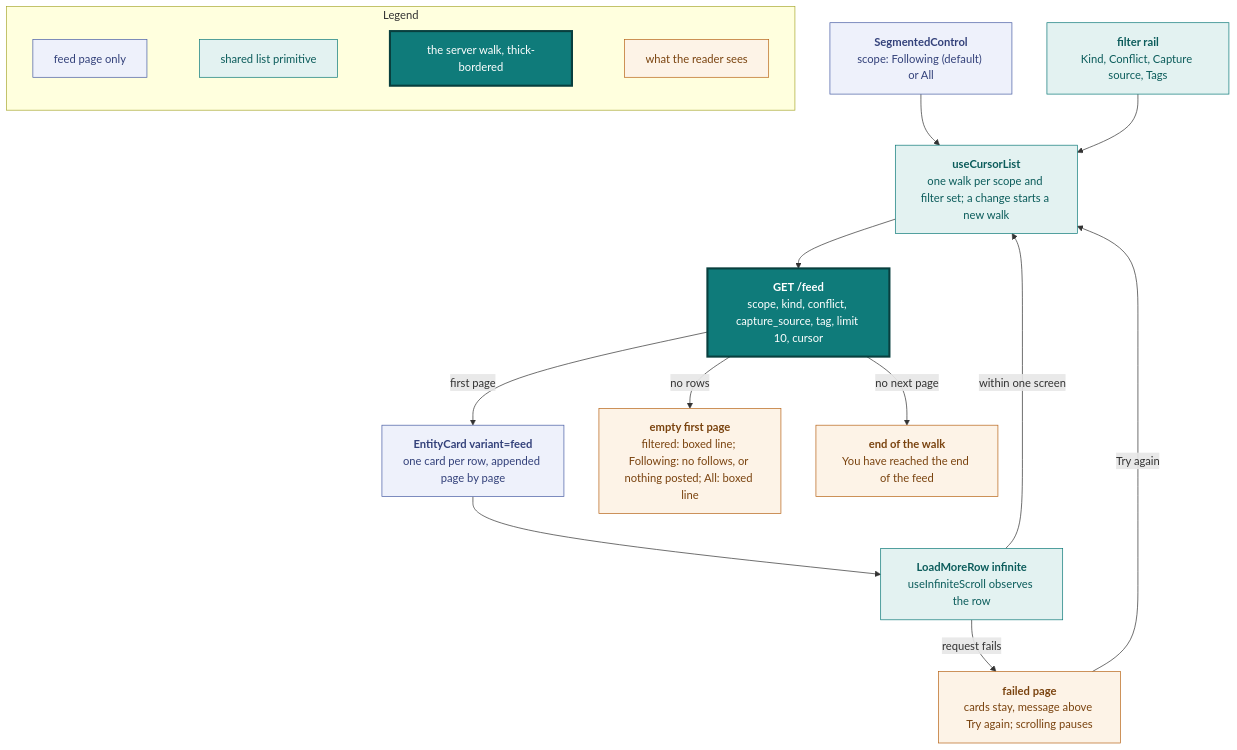
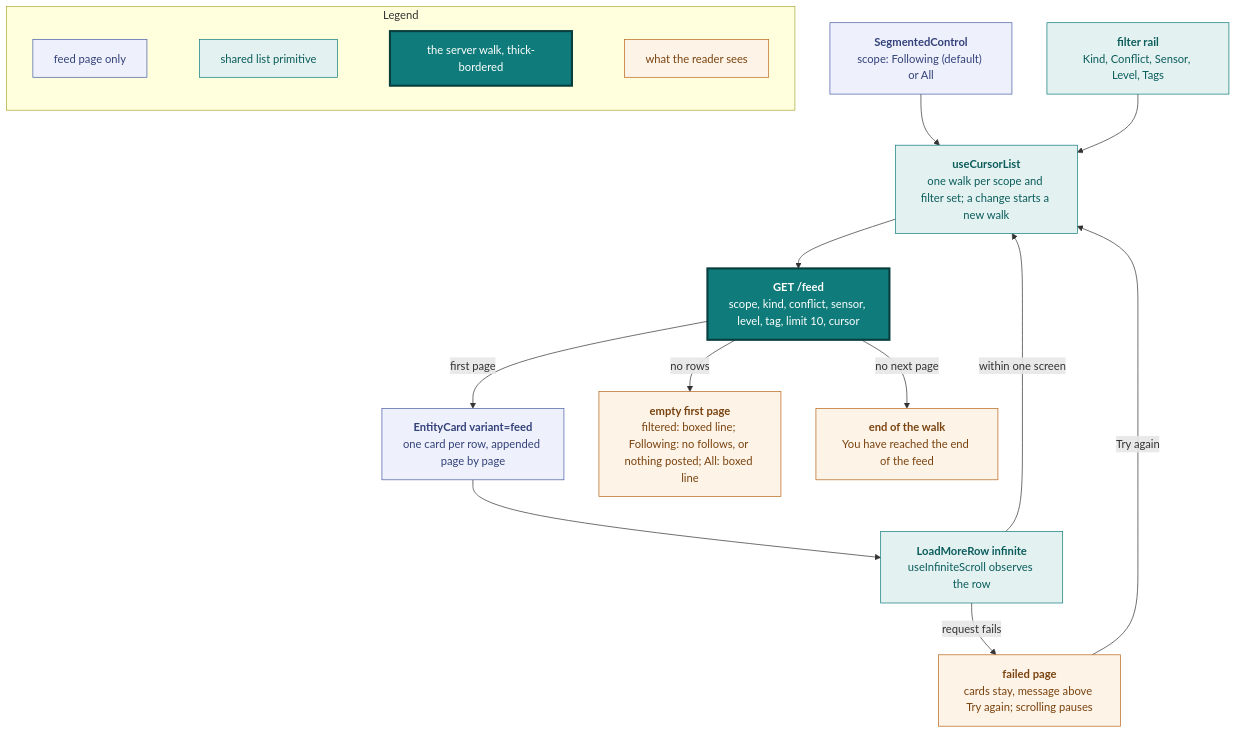
One commit to vidithq/vidit changed the ninth of 12 diagrams in docs/design.md. Above: the diagram before and after it, drawn with Mermaid. The commit also changed other lines of this file and 6 other files, not shown here.

````diff
--- a/docs/design.md
+++ b/docs/design.md
@@ -832,46 +856,46 @@
 ```mermaid
 flowchart TB
   classDef page fill:#eef1fb,stroke:#4a5fa5,color:#33417a
   classDef shared fill:#e3f2f1,stroke:#0f7b7a,color:#0b5c5b
   classDef core fill:#0f7b7a,stroke:#083f3e,stroke-width:3px,color:#ffffff
   classDef state fill:#fdf3e7,stroke:#b8661a,color:#7a430f
 
   subgraph legend [Legend]
     direction LR
     l1["`feed page only`"]:::page
     l2["`shared list primitive`"]:::shared
     l3["`the server walk, thick-bordered`"]:::core
     l4["`what the reader sees`"]:::state
     l1 ~~~ l2 ~~~ l3 ~~~ l4
   end
 
   toggle["`**SegmentedControl**
   scope: Following (default) or All`"]:::page
   filters["`**filter rail**
-  Kind, Conflict, Capture source, Tags`"]:::shared
+  Kind, Conflict, Sensor, Level, Tags`"]:::shared
   walk["`**useCursorList**
   one walk per scope and filter set; a change starts a new walk`"]:::shared
   api["`**GET /feed**
-  scope, kind, conflict, capture_source, tag, limit 10, cursor`"]:::core
+  scope, kind, conflict, sensor, level, tag, limit 10, cursor`"]:::core
   cards["`**EntityCard variant=feed**
   one card per row, appended page by page`"]:::page
   row["`**LoadMoreRow infinite**
   useInfiniteScroll observes the row`"]:::shared
 
   empty["`**empty first page**
   filtered: boxed line; Following: no follows, or nothing posted; All: boxed line`"]:::state
   failed["`**failed page**
   cards stay, message above Try again; scrolling pauses`"]:::state
   done["`**end of the walk**
   You have reached the end of the feed`"]:::state
 
   toggle --> walk --> api
   filters --> walk
   api -->|first page| cards
   api -->|no rows| empty
   cards --> row
   row -->|within one screen| walk
   row -->|request fails| failed
   failed -->|Try again| walk
   api -->|no next page| done
 ```
````
